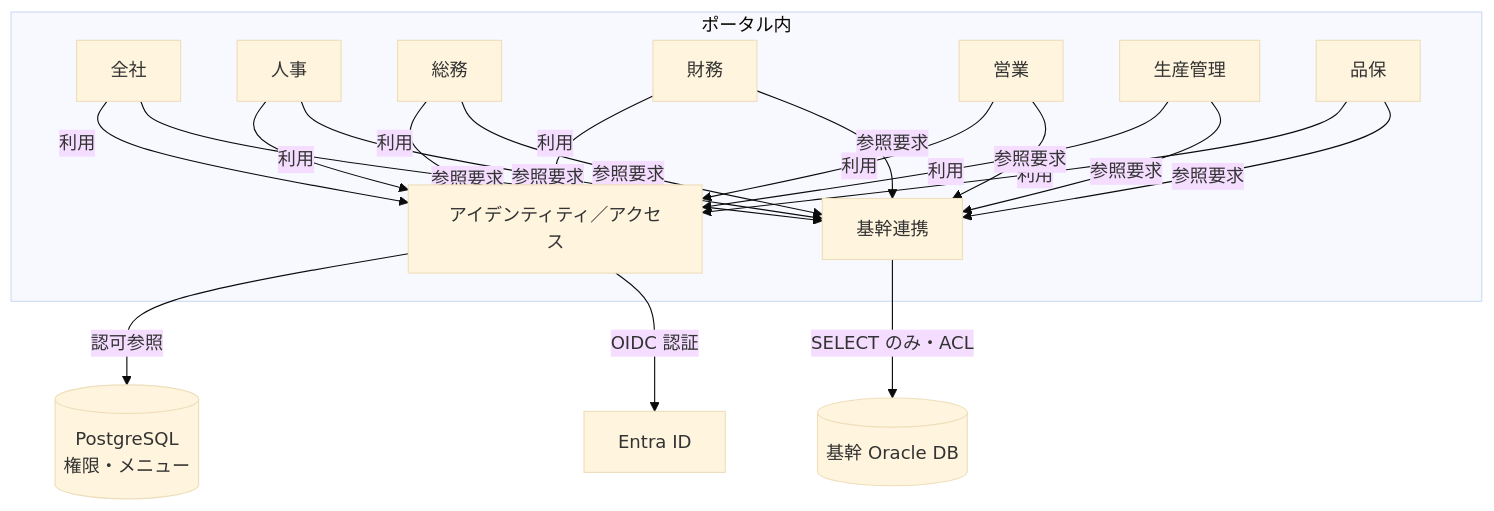
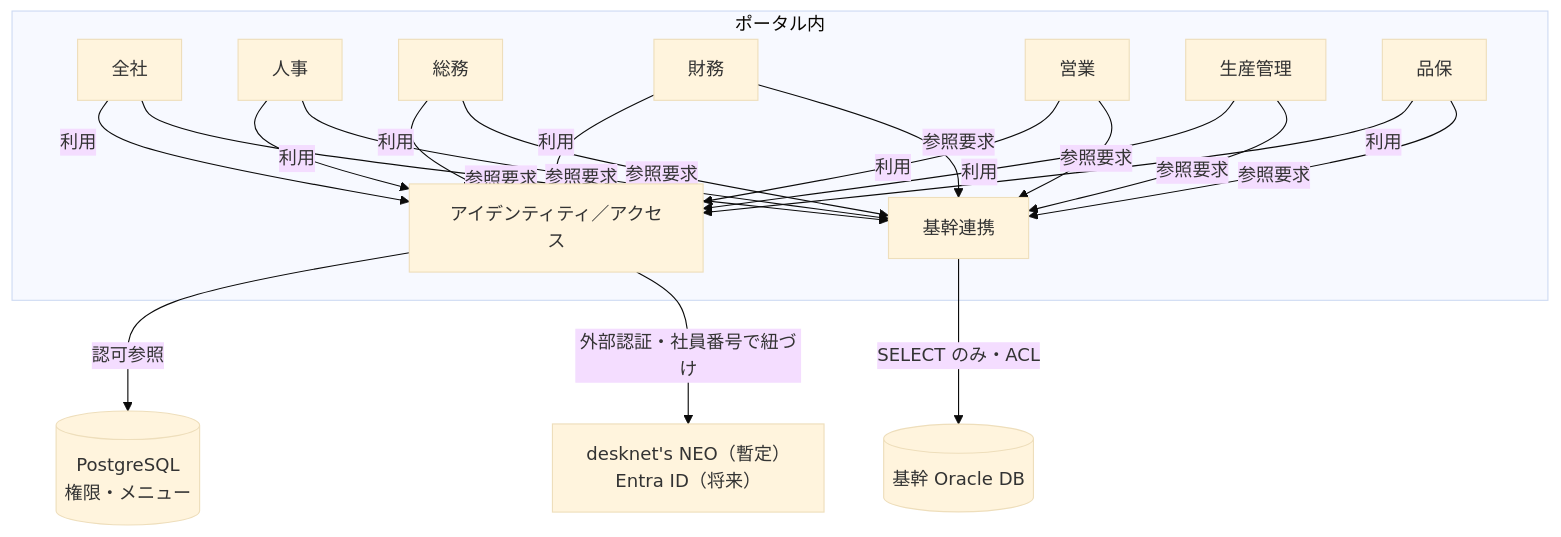
Before and after one commit to YoshinoriHashizume/WorkSupportPortal_Claude: the diagram in Document/ドメイン駆動設計.md, drawn with Mermaid (base theme). The commit also changed other lines of this file and 172 other files, not shown here.

````diff
--- a/Document/ドメイン駆動設計.md
+++ b/Document/ドメイン駆動設計.md
@@ -53,35 +53,35 @@
 ```mermaid
 flowchart TB
   subgraph portal [ポータル内]
     Co[全社]
     HR[人事]
     GA[総務]
     Fin[財務]
     Sales[営業]
     Prod[生産管理]
     Qual[品保]
     IAM[アイデンティティ／アクセス]
     Integ[基幹連携]
   end
   Oracle[(基幹 Oracle DB)]
-  Entra[Entra ID]
+  Auth[desknet's NEO（暫定）<br/>Entra ID（将来）]
   PG[(PostgreSQL<br/>権限・メニュー)]
 
   Co -->|利用| IAM
   HR -->|利用| IAM
   GA -->|利用| IAM
   Fin -->|利用| IAM
   Sales -->|利用| IAM
   Prod -->|利用| IAM
   Qual -->|利用| IAM
   IAM -->|認可参照| PG
   Sales -->|参照要求| Integ
   Prod -->|参照要求| Integ
   Qual -->|参照要求| Integ
   Fin -->|参照要求| Integ
   Co -->|参照要求| Integ
   HR -->|参照要求| Integ
   GA -->|参照要求| Integ
   Integ -->|SELECT のみ・ACL| Oracle
-  IAM -->|OIDC 認証| Entra
+  IAM -->|外部認証・社員番号で紐づけ| Auth
 ```
````
